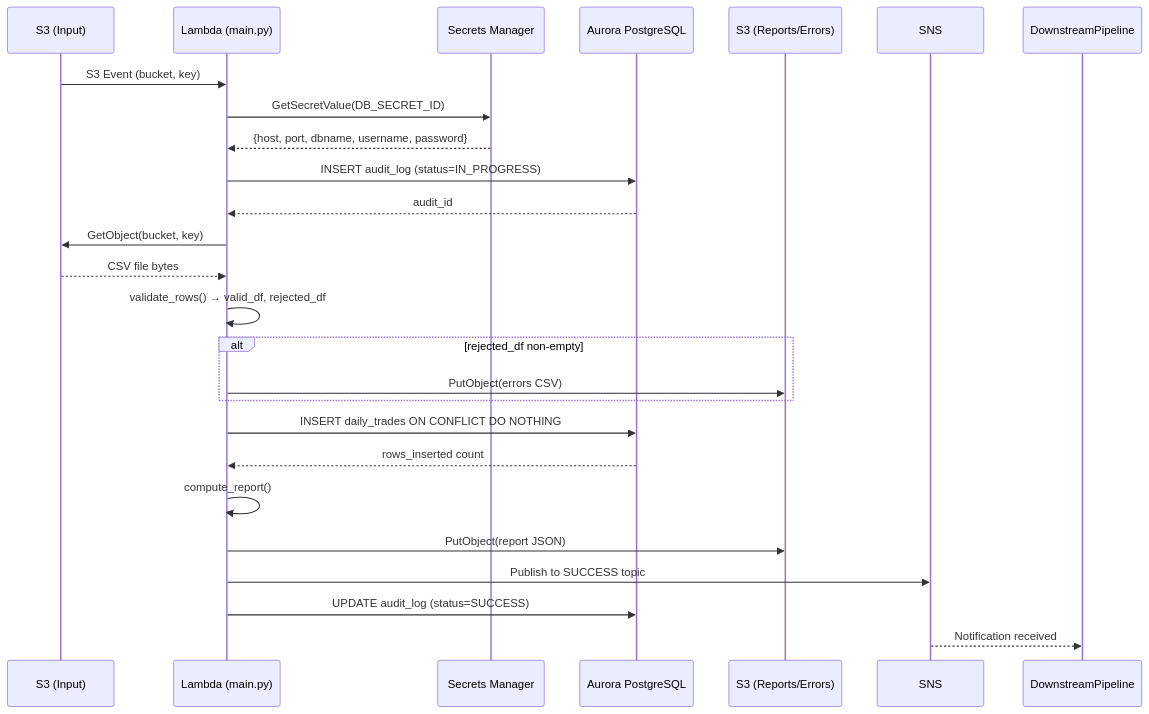
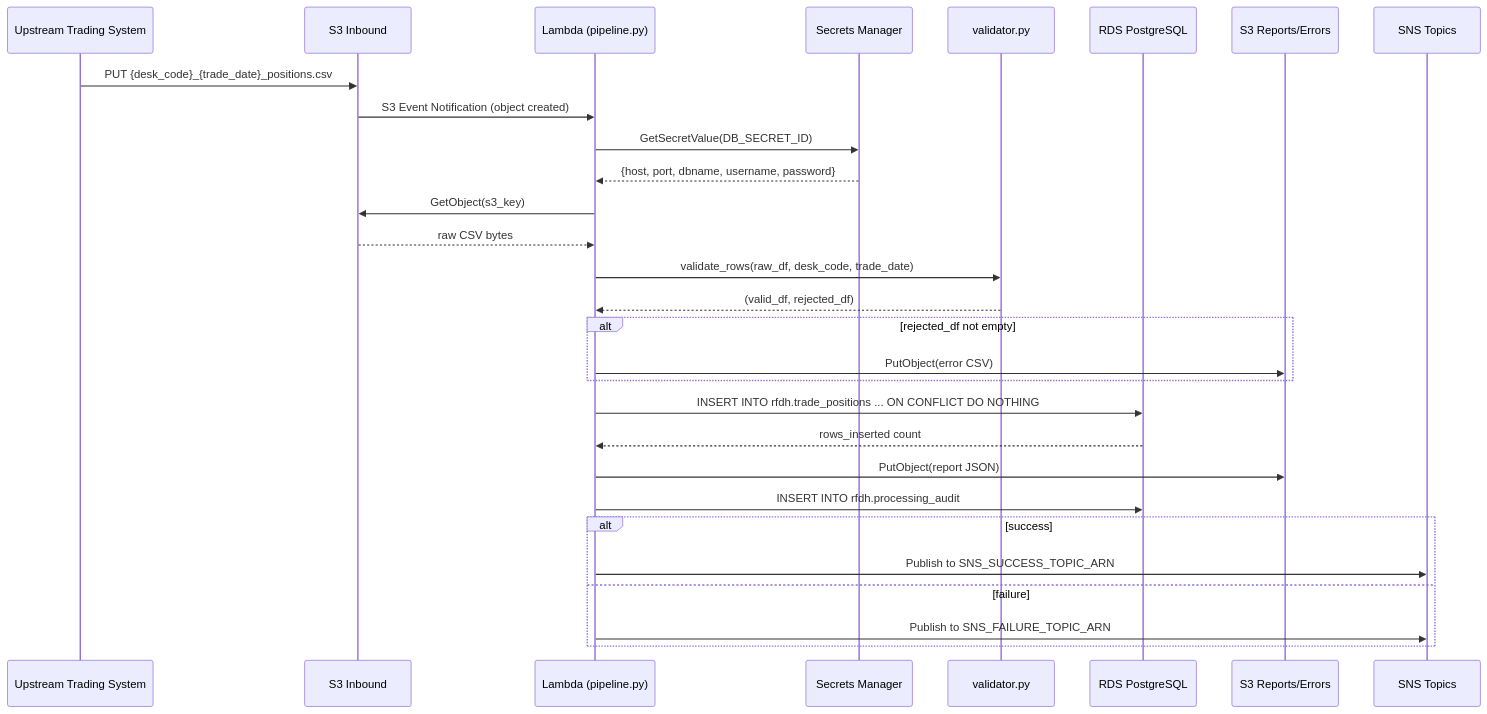
One commit to nartcr/agentic-poc-sandbox changed the first of 4 diagrams in TDD/TDD-Daily-Trade-Position-Ingestion.md. Above: the diagram before and after it, drawn with Mermaid. The commit also changed other lines of this file and 11 other files, not shown here.

````diff
--- a/TDD/TDD-Daily-Trade-Position-Ingestion.md
+++ b/TDD/TDD-Daily-Trade-Position-Ingestion.md
@@ -432,28 +455,32 @@
 ```mermaid
 sequenceDiagram
-    participant S3_In as S3 (Input)
-    participant Lambda as Lambda (main.py)
-    participant SecretsManager as Secrets Manager
-    participant AuroraDB as Aurora PostgreSQL
-    participant S3_Out as S3 (Reports/Errors)
-    participant SNS as SNS
+    participant US as Upstream Trading System
+    participant S3_IN as S3 Inbound
+    participant LMB as Lambda (pipeline.py)
+    participant SM as Secrets Manager
+    participant VAL as validator.py
+    participant DB as RDS PostgreSQL
+    participant S3_OUT as S3 Reports/Errors
+    participant SNS as SNS Topics
 
-    S3_In->>Lambda: S3 Event (bucket, key)
-    Lambda->>SecretsManager: GetSecretValue(DB_SECRET_ID)
-    SecretsManager-->>Lambda: {host, port, dbname, username, password}
-    Lambda->>AuroraDB: INSERT audit_log (status=IN_PROGRESS)
-    AuroraDB-->>Lambda: audit_id
-    Lambda->>S3_In: GetObject(bucket, key)
-    S3_In-->>Lambda: CSV file bytes
-    Lambda->>Lambda: validate_rows() → valid_df, rejected_df
-    alt rejected_df non-empty
-        Lambda->>S3_Out: PutObject(errors CSV)
+    US->>S3_IN: PUT {desk_code}_{trade_date}_positions.csv
+    S3_IN->>LMB: S3 Event Notification (object created)
+    LMB->>SM: GetSecretValue(DB_SECRET_ID)
+    SM-->>LMB: {host, port, dbname, username, password}
+    LMB->>S3_IN: GetObject(s3_key)
+    S3_IN-->>LMB: raw CSV bytes
+    LMB->>VAL: validate_rows(raw_df, desk_code, trade_date)
+    VAL-->>LMB: (valid_df, rejected_df)
+    alt rejected_df not empty
+        LMB->>S3_OUT: PutObject(error CSV)
     end
-    Lambda->>AuroraDB: INSERT daily_trades ON CONFLICT DO NOTHING
-    AuroraDB-->>Lambda: rows_inserted count
-    Lambda->>Lambda: compute_report()
-    Lambda->>S3_Out: PutObject(report JSON)
-    Lambda->>SNS: Publish to SUCCESS topic
-    Lambda->>AuroraDB: UPDATE audit_log (status=SUCCESS)
-    SNS-->>DownstreamPipeline: Notification received
+    LMB->>DB: INSERT INTO rfdh.trade_positions ... ON CONFLICT DO NOTHING
+    DB-->>LMB: rows_inserted count
+    LMB->>S3_OUT: PutObject(report JSON)
+    LMB->>DB: INSERT INTO rfdh.processing_audit
+    alt success
+        LMB->>SNS: Publish to SNS_SUCCESS_TOPIC_ARN
+    else failure
+        LMB->>SNS: Publish to SNS_FAILURE_TOPIC_ARN
+    end
 ```
````
